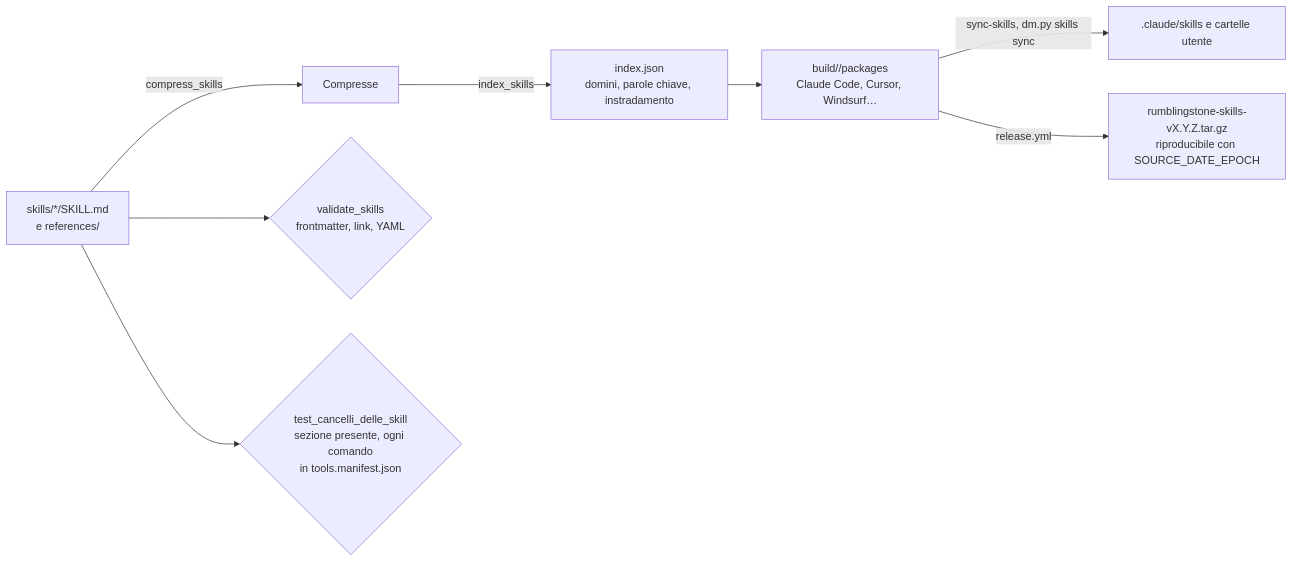
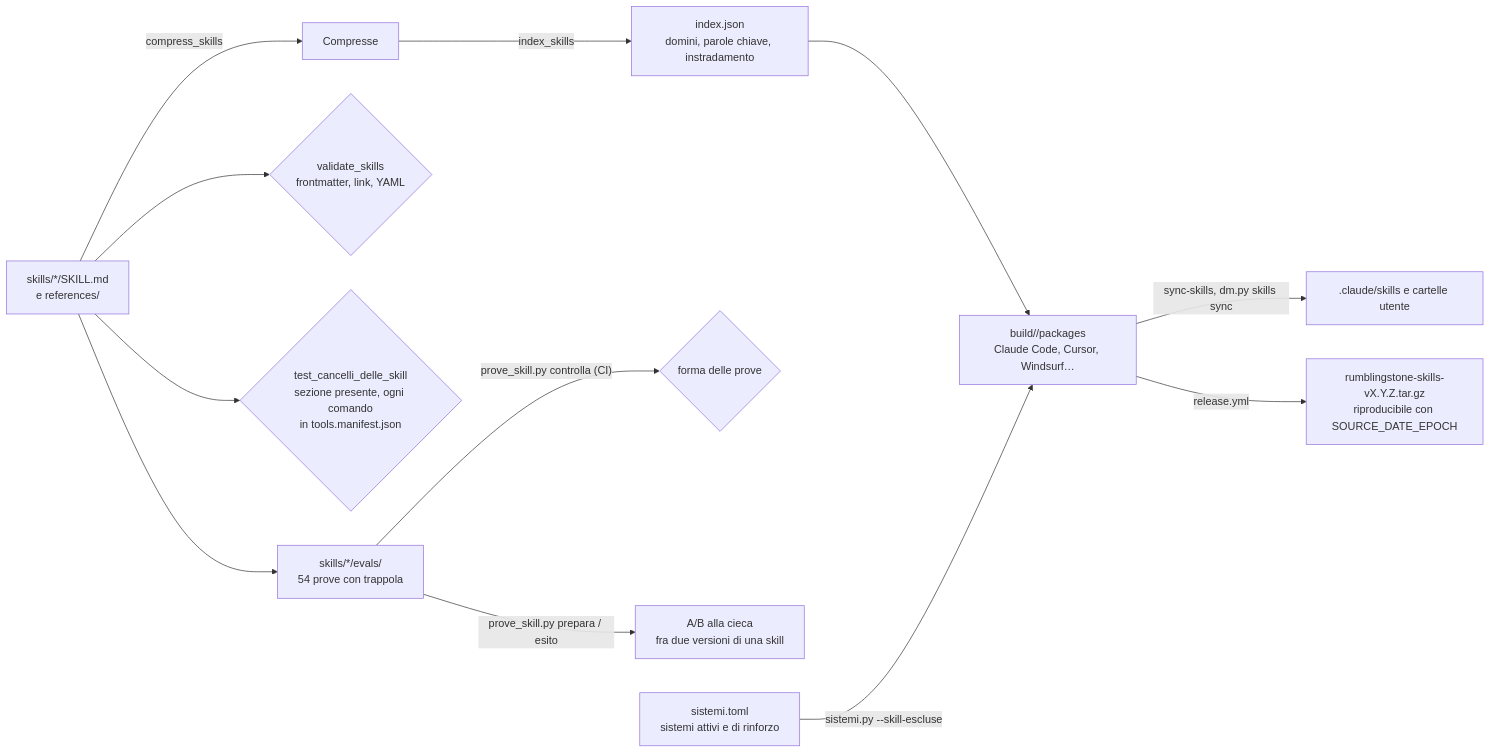
One commit to gsamuele78/RumblingStone changed diagram 20 of 29 in docs/ARCHITETTURA.md. Above: the diagram before and after it, drawn with Mermaid. The commit also changed other lines of this file and 7 other files, not shown here.

````diff
--- a/docs/ARCHITETTURA.md
+++ b/docs/ARCHITETTURA.md
@@ -836,10 +860,14 @@
 ```mermaid
 flowchart LR
     RAW["skills/*/SKILL.md<br/>e references/"] -->|"compress_skills"| CMP["Compresse"]
     CMP -->|"index_skills"| IDX["index.json<br/>domini, parole chiave, instradamento"]
     IDX --> PKG["build/<skill>/packages<br/>Claude Code, Cursor, Windsurf…"]
     PKG -->|"sync-skills, dm.py skills sync"| DEP[".claude/skills e cartelle utente"]
     PKG -->|"release.yml"| ARCH["rumblingstone-skills-vX.Y.Z.tar.gz<br/>riproducibile con SOURCE_DATE_EPOCH"]
     RAW --> VS{"validate_skills<br/>frontmatter, link, YAML"}
     RAW --> TC{"test_cancelli_delle_skill<br/>sezione presente, ogni comando<br/>in tools.manifest.json"}
+    RAW --> EV["skills/*/evals/<br/>54 prove con trappola"]
+    EV -->|"prove_skill.py controlla (CI)"| PC{"forma delle prove"}
+    EV -->|"prove_skill.py prepara / esito"| AB["A/B alla cieca<br/>fra due versioni di una skill"]
+    SIS["sistemi.toml<br/>sistemi attivi e di rinforzo"] -->|"sistemi.py --skill-escluse"| PKG
 ```
````
